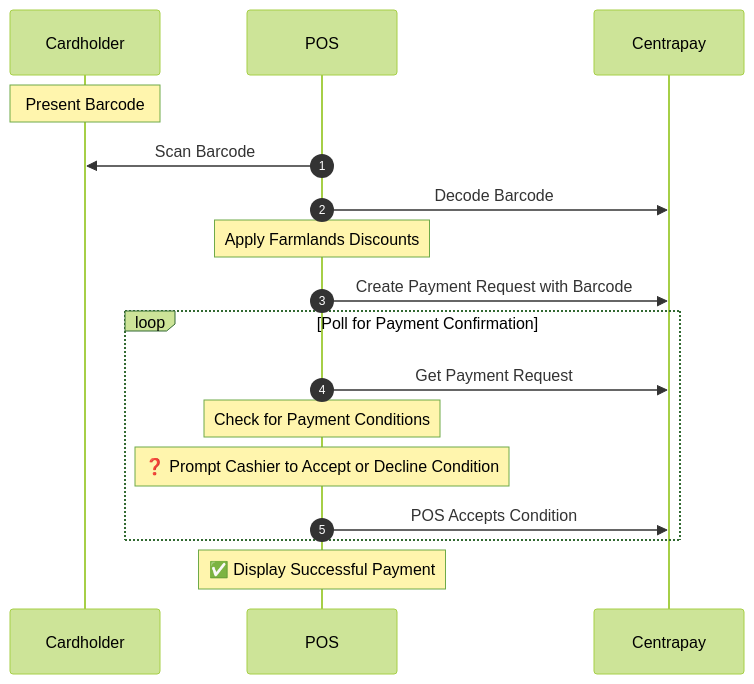
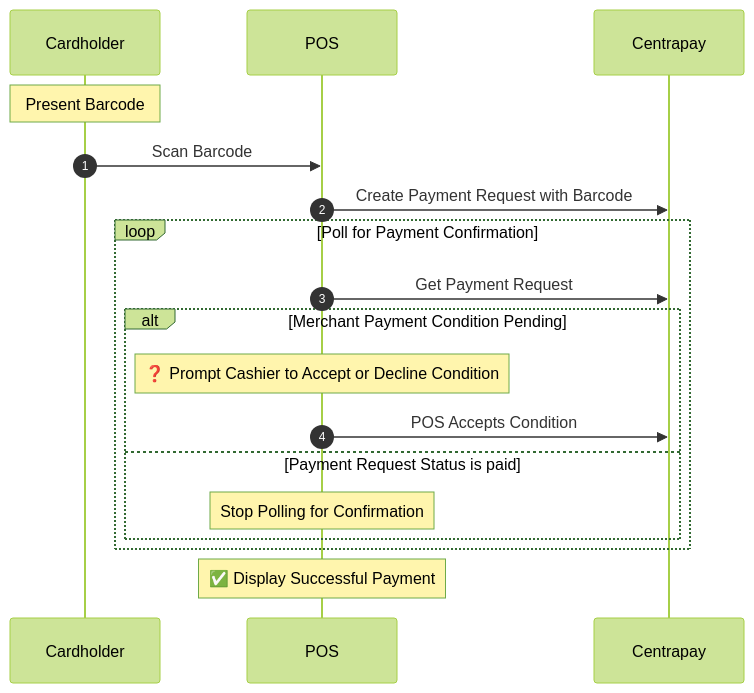
The first of 3 diagrams in content/guides/farmlands-pos-integration.md (centrapay/centrapay-docs), drawn with Mermaid (forest theme) before and after one commit. The commit also changed other lines of this file and 2 other files, not shown here.

Commit message:
Update Farmlands POS Integration Guide content 🚜

````diff
--- a/content/guides/farmlands-pos-integration.md
+++ b/content/guides/farmlands-pos-integration.md
@@ -58,28 +25,26 @@
 ```mermaid
 sequenceDiagram
 	autonumber
 
-	participant P as Cardholder
+	participant Cardholder
 	participant POS
-	participant C as Centrapay
+	participant Centrapay
 
-	Note over P: Present Barcode
-	POS->>P: Scan Barcode
+	Note over Cardholder: Present Barcode
+	Cardholder->>POS: Scan Barcode
 
-	POS->>C: Decode Barcode
-	Note over POS: Apply Farmlands Discounts
-
-	POS->>C: Create Payment Request with Barcode
+	POS->>Centrapay: Create Payment Request with Barcode
 
 	loop Poll for Payment Confirmation
-		POS->>C: Get Payment Request
+		POS->>Centrapay: Get Payment Request
 
-		note over POS: Check for Payment Conditions
-
-		note over POS: ❓ Prompt Cashier to Accept or Decline Condition
-		POS->>C: POS Accepts Condition
+		alt Merchant Payment Condition Pending
+			note over POS: ❓ Prompt Cashier to Accept or Decline Condition
+			POS->>Centrapay: POS Accepts Condition
+		else Payment Request Status is paid
+			Note over POS: Stop Polling for Confirmation
+		end
 	end
-
 
 	Note over POS: ✅ Display Successful Payment
 ```
````
